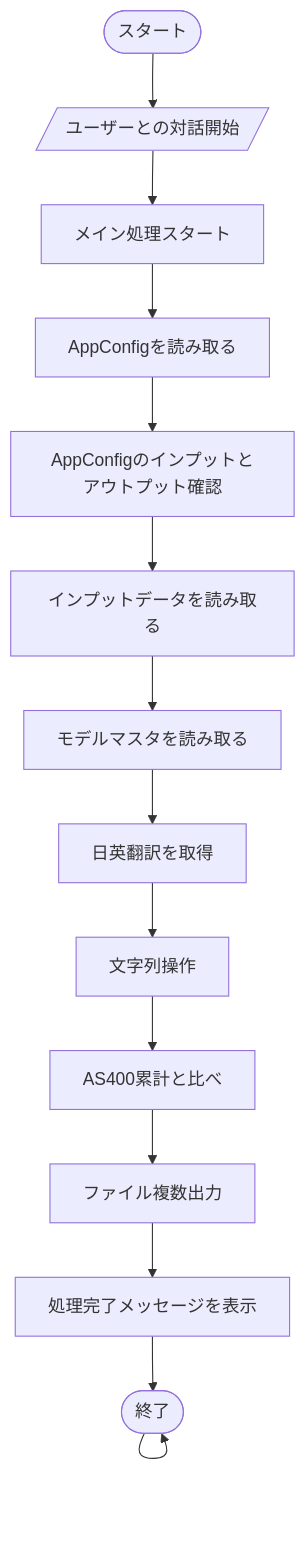
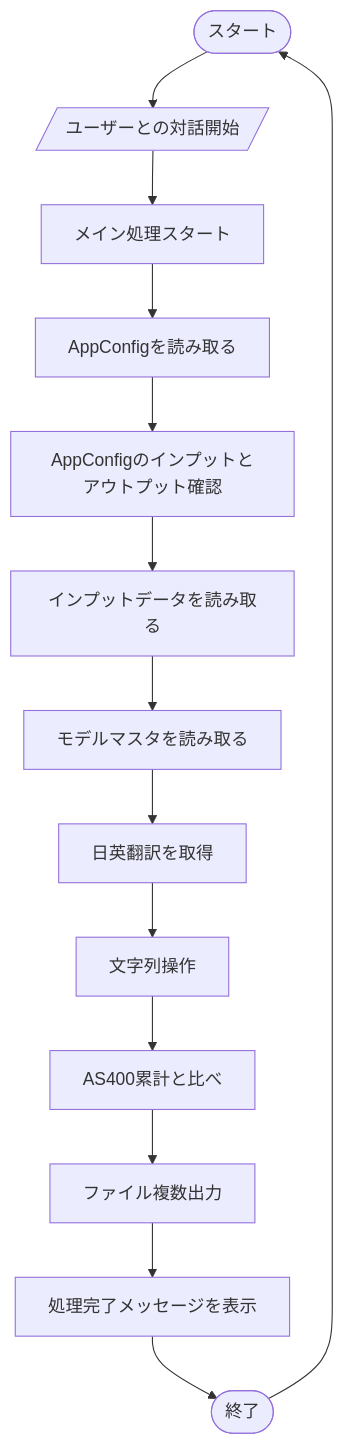
The diagram in flowcharts/conception.mmd (rhoenkelevra/pre_commit), drawn with Mermaid before and after one commit. The commit also changed 1 other file, not shown here.

```diff
--- a/flowcharts/conception.mmd
+++ b/flowcharts/conception.mmd
@@ -1,29 +1,29 @@
 flowchart TB
     start(["スタート"])
     UserInteraction[/"ユーザーとの対話開始"/]
     StartMainProcess["メイン処理スタート"]
     LoadAppConfig["AppConfigを読み取る"]
     CheckInputs/OutputsFromConfig["AppConfigのインプットとアウトプット確認"]
     LoadInputFiles["インプットデータを読み取る"]
     LoadMasterFile["モデルマスタを読み取る"]
     GetTranslations["日英翻訳を取得"]
     Check/ChangeStrings["文字列操作"]
     CompareWithPrevious["AS400累計と比べ"]
     OutputFiles["ファイル複数出力"]
     OutputFinalMessage["処理完了メッセージを表示"]
     End(["終了"])
 
     start
     --> UserInteraction
     --> StartMainProcess
     --> LoadAppConfig
     --> CheckInputs/OutputsFromConfig
     --> LoadInputFiles
     --> LoadMasterFile
     --> GetTranslations
     --> Check/ChangeStrings
     --> CompareWithPrevious
     --> OutputFiles
     --> OutputFinalMessage
     --> End
-    --> End
+    --> start
```
